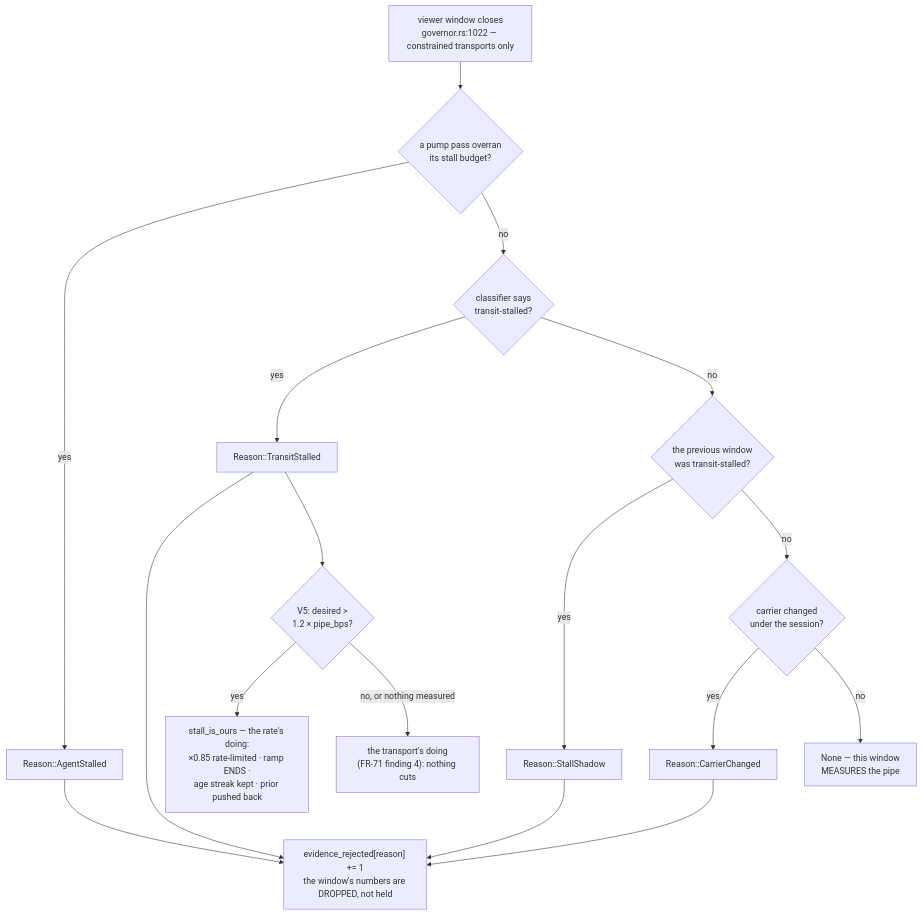
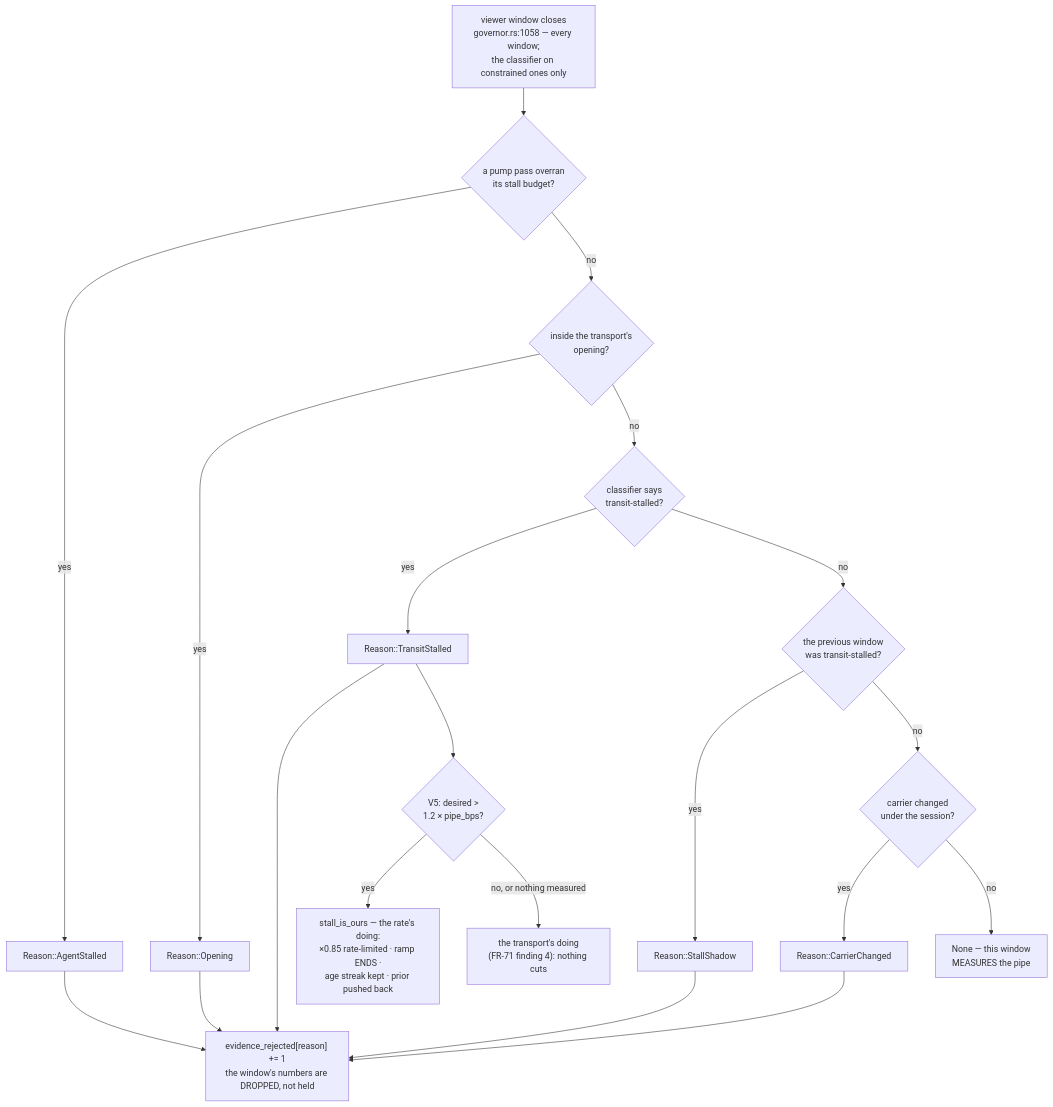
The first of 4 diagrams in docs/rate-control.md (gjovanov/roomler-ai), drawn with Mermaid before and after one commit. The commit also changed other lines of this file and 27 other files, not shown here.

First line of the commit message:
docs(fr-119): P2b-7 + P2b-8 — as built, AC4 attempt 3's field log, the gate on every window

````diff
--- a/docs/rate-control.md
+++ b/docs/rate-control.md
@@ -34,16 +64,18 @@
 ```mermaid
 flowchart TB
-    W["viewer window closes<br/>governor.rs:1022 — constrained transports only"] --> A{"a pump pass overran<br/>its stall budget?"}
+    W["viewer window closes<br/>governor.rs:1058 — every window;<br/>the classifier on constrained ones only"] --> A{"a pump pass overran<br/>its stall budget?"}
     A -- yes --> RA["Reason::AgentStalled"]
-    A -- no --> T{"classifier says<br/>transit-stalled?"}
+    A -- no --> O{"inside the transport's<br/>opening?"}
+    O -- yes --> RO["Reason::Opening"]
+    O -- no --> T{"classifier says<br/>transit-stalled?"}
     T -- yes --> RT["Reason::TransitStalled"]
     T -- no --> S{"the previous window<br/>was transit-stalled?"}
     S -- yes --> RS["Reason::StallShadow"]
     S -- no --> C{"carrier changed<br/>under the session?"}
     C -- yes --> RC["Reason::CarrierChanged"]
     C -- no --> OK["None — this window<br/>MEASURES the pipe"]
-    RA & RT & RS & RC --> REJ["evidence_rejected[reason] += 1<br/>the window's numbers are DROPPED, not held"]
+    RA & RO & RT & RS & RC --> REJ["evidence_rejected[reason] += 1<br/>the window's numbers are DROPPED, not held"]
     RT --> V5{"V5: desired ><br/>1.2 × pipe_bps?"}
     V5 -- yes --> OURS["stall_is_ours — the rate's doing:<br/>×0.85 rate-limited · ramp ENDS ·<br/>age streak kept · prior pushed back"]
     V5 -- "no, or nothing measured" --> HOLD["the transport's doing<br/>(FR-71 finding 4): nothing cuts"]
 ```
````
